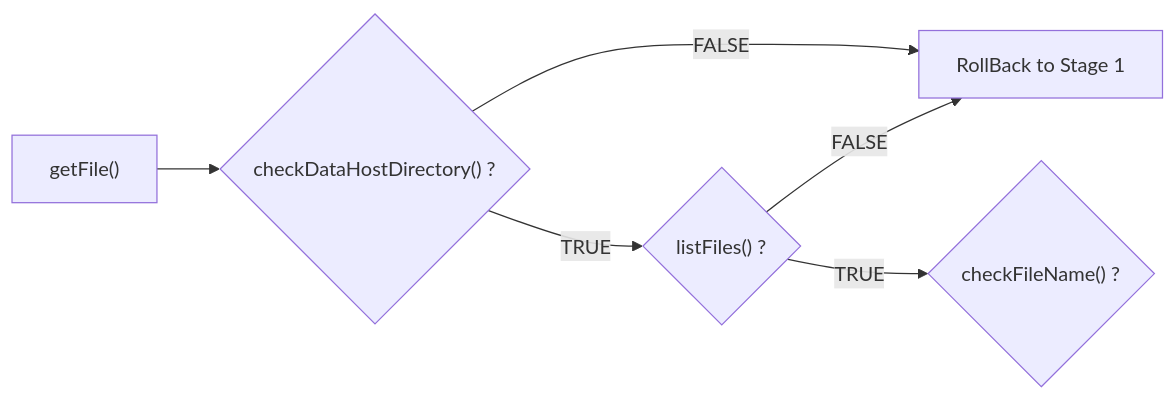
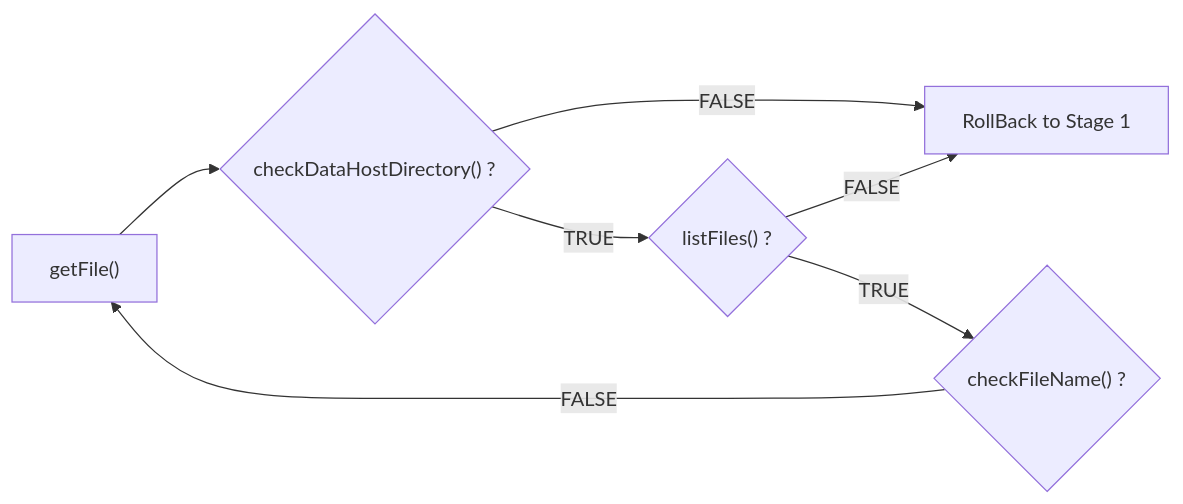
One commit to luthfiadityaa/SimeDarby-Wiki changed the seventh of 7 diagrams in Basic-Design/Host-Interfaces.md. Above: the diagram before and after it, drawn with Mermaid.

Commit message:
Updated Host Interfaces

```diff
--- a/Basic-Design/Host-Interfaces.md
+++ b/Basic-Design/Host-Interfaces.md
@@ -545,8 +545,9 @@
 ::: mermaid
 flowchart LR
  C1["getFile()"] --> Cond1{"checkDataHostDirectory() ?"}
  Cond1 --> |FALSE| C3[RollBack to Stage 1]
  Cond1 --> |TRUE| Cond2{"listFiles() ?"}  
  Cond2 --> |FALSE| C3
  Cond2 --> |TRUE| Cond3{"checkFileName() ?"} 
+ Cond3 --> |FALSE| C1
 :::
```
